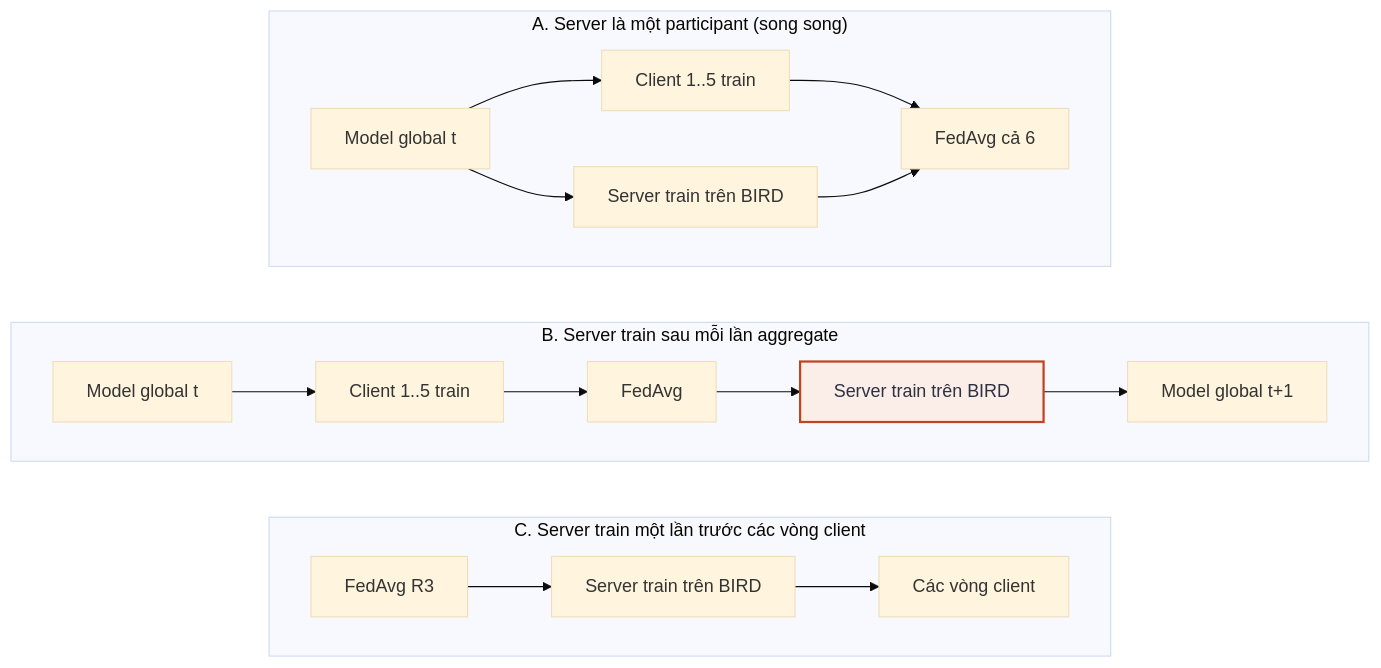
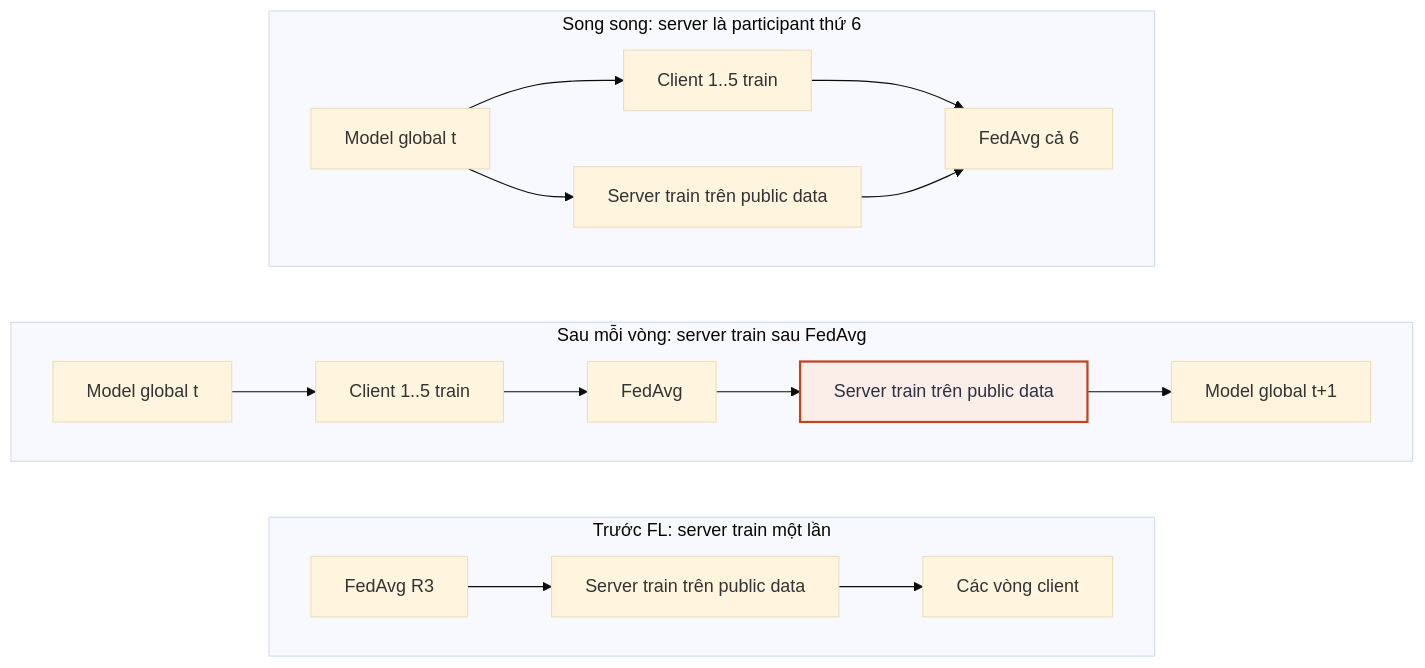
Before and after one commit to phungnmd/FedICL-SQL-Framework: the diagram in paper/notes/figures/08_placement.mmd, drawn with Mermaid (base theme). The commit also changed 6 other files, not shown here.

Commit message:
docs: reorganize the direction note into client, server and timing choices

```diff
--- a/paper/notes/figures/08_placement.mmd
+++ b/paper/notes/figures/08_placement.mmd
@@ -1,20 +1,20 @@
-%% Ba cách đặt bước server so với vòng FedAvg
+%% Ba thời điểm server làm so với vòng FedAvg
 flowchart TB
-  subgraph A["A. Server là một participant (song song)"]
+  subgraph A["Song song: server là participant thứ 6"]
     direction LR
     A0["Model global t"] --> A1["Client 1..5 train"]
-    A0 --> A2["Server train trên BIRD"]
+    A0 --> A2["Server train trên public data"]
     A1 --> A3["FedAvg cả 6"]
     A2 --> A3
   end
-  subgraph B["B. Server train sau mỗi lần aggregate"]
+  subgraph B["Sau mỗi vòng: server train sau FedAvg"]
     direction LR
-    B0["Model global t"] --> B1["Client 1..5 train"] --> B2["FedAvg"] --> B3["Server train trên BIRD"] --> B4["Model global t+1"]
+    B0["Model global t"] --> B1["Client 1..5 train"] --> B2["FedAvg"] --> B3["Server train trên public data"] --> B4["Model global t+1"]
   end
-  subgraph C["C. Server train một lần trước các vòng client"]
+  subgraph C["Trước FL: server train một lần"]
     direction LR
-    C0["FedAvg R3"] --> C1["Server train trên BIRD"] --> C2["Các vòng client"]
+    C0["FedAvg R3"] --> C1["Server train trên public data"] --> C2["Các vòng client"]
   end
   A ~~~ B ~~~ C
   classDef focal fill:#fbeee9,stroke:#bf4520,stroke-width:2px,color:#2d3142
   class B3 focal
```
